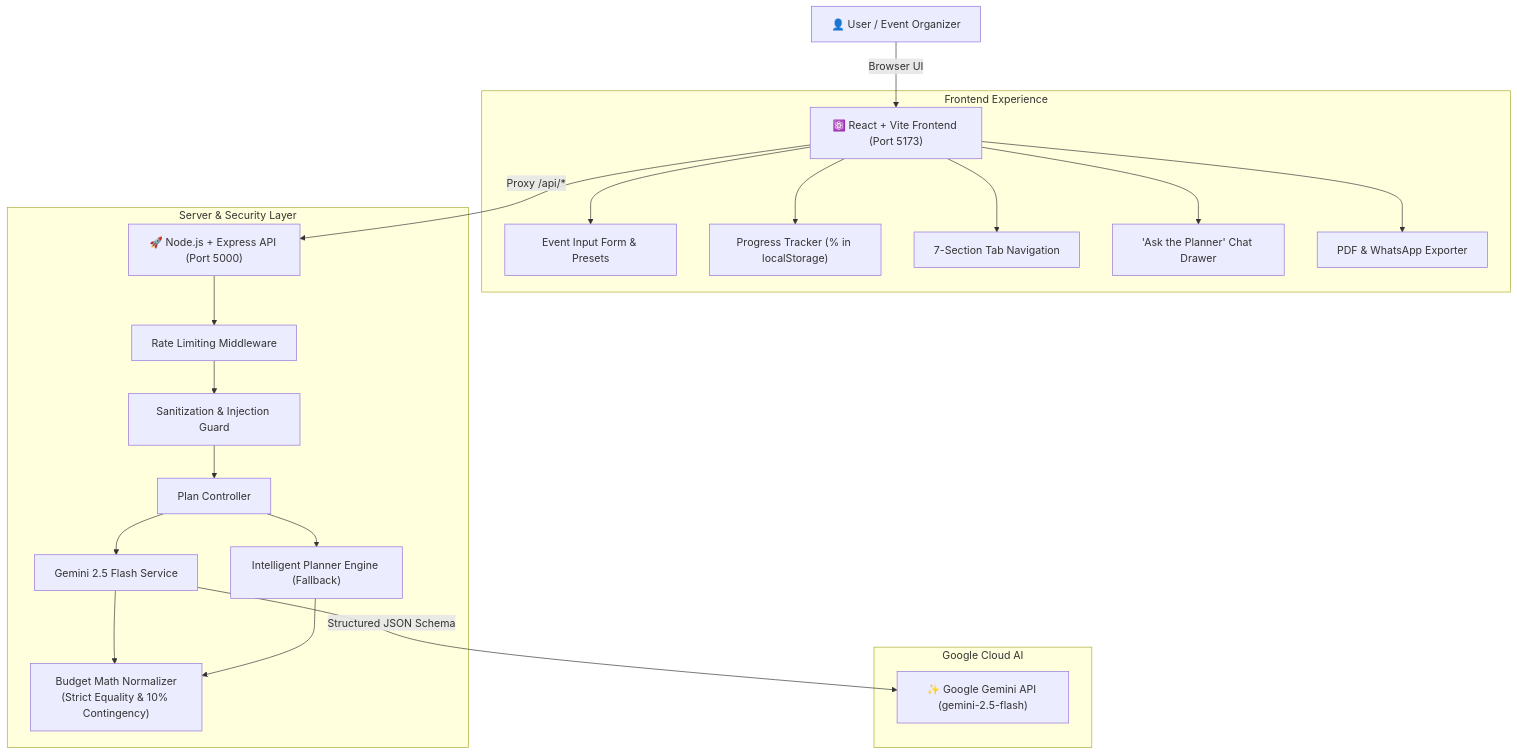
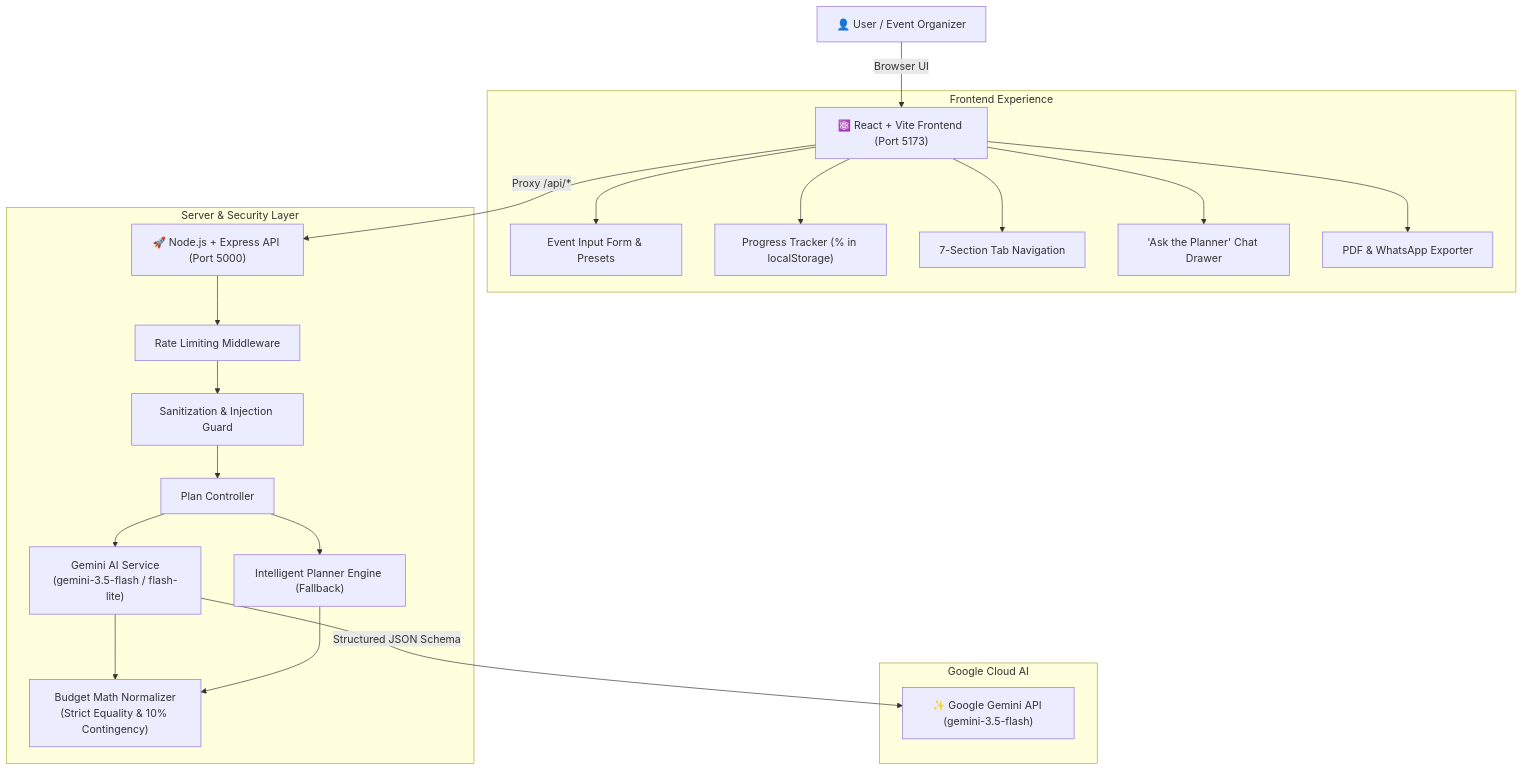
The diagram in README.md (dhirajkumar-09/EventCraft_), drawn with Mermaid before and after one commit. The commit also changed other lines of this file and 1 other file, not shown here.

Commit message:
fix: resolve model deprecation and timeout, enabling live Gemini 3.5 plan generation and AI chat

````diff
--- a/README.md
+++ b/README.md
@@ -26,30 +26,30 @@
 ```mermaid
 flowchart TD
     User["👤 User / Event Organizer"] -->|Browser UI| ReactApp["⚛️ React + Vite Frontend (Port 5173)"]
     
     subgraph ClientLayer["Frontend Experience"]
         ReactApp --> EventForm["Event Input Form & Presets"]
         ReactApp --> ProgressTracker["Progress Tracker (% in localStorage)"]
         ReactApp --> TabsNav["7-Section Tab Navigation"]
         ReactApp --> ChatModal["'Ask the Planner' Chat Drawer"]
         ReactApp --> ExportModal["PDF & WhatsApp Exporter"]
     end
 
     ReactApp -->|Proxy /api/*| ExpressServer["🚀 Node.js + Express API (Port 5000)"]
 
     subgraph BackendLayer["Server & Security Layer"]
         ExpressServer --> RateLimiter["Rate Limiting Middleware"]
         RateLimiter --> Sanitizer["Sanitization & Injection Guard"]
         Sanitizer --> Controller["Plan Controller"]
         
-        Controller --> GeminiService["Gemini 2.5 Flash Service"]
+        Controller --> GeminiService["Gemini AI Service\n(gemini-3.5-flash / flash-lite)"]
         Controller --> MockService["Intelligent Planner Engine (Fallback)"]
         
         GeminiService --> BudgetMath["Budget Math Normalizer\n(Strict Equality & 10% Contingency)"]
         MockService --> BudgetMath
     end
 
     subgraph GoogleAI["Google Cloud AI"]
-        GeminiService -->|Structured JSON Schema| GeminiAPI["✨ Google Gemini API (gemini-2.5-flash)"]
+        GeminiService -->|Structured JSON Schema| GeminiAPI["✨ Google Gemini API (gemini-3.5-flash)"]
     end
 ```
````
